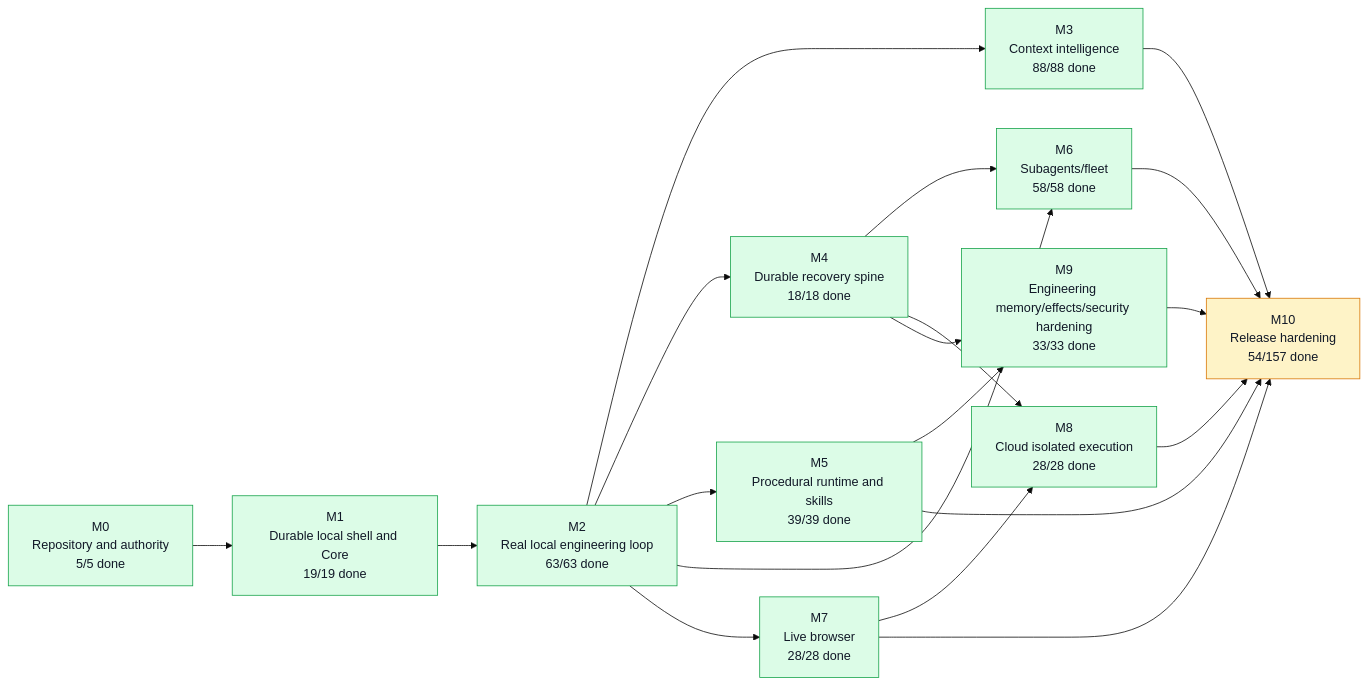
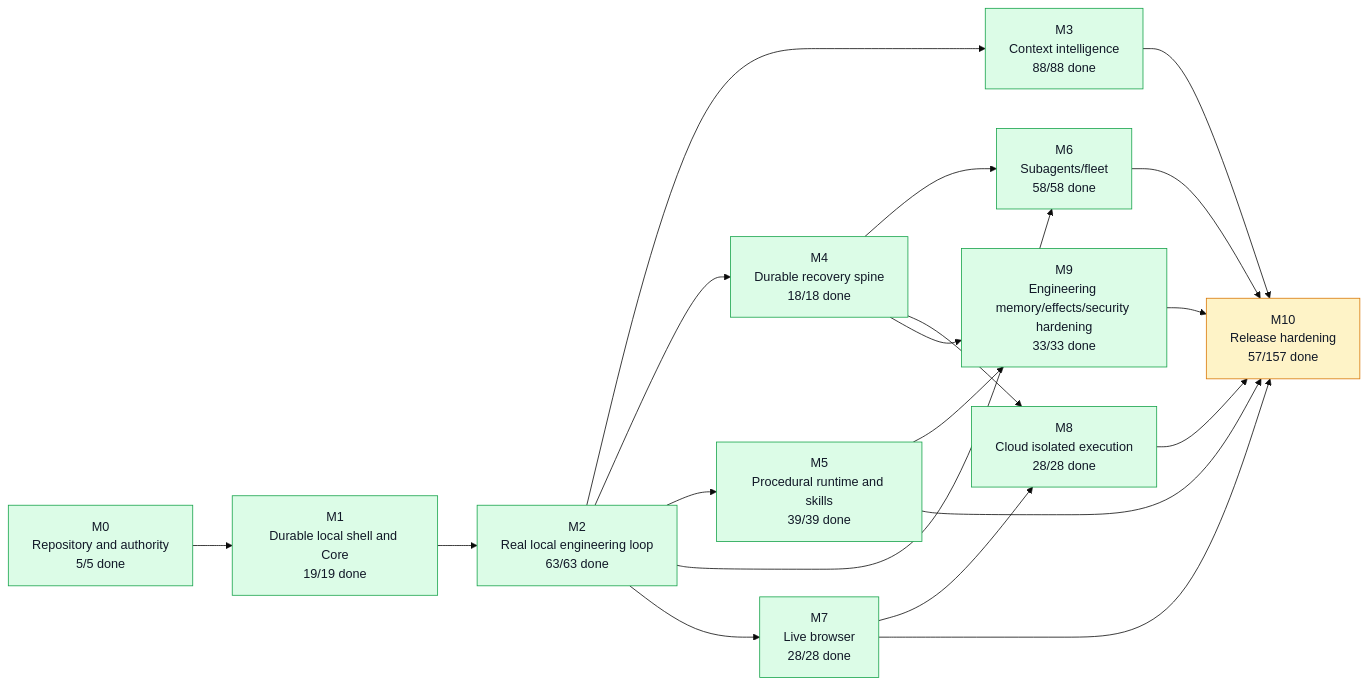
One commit to moss101/modbit changed the first of 5 diagrams in graph/PROJECT_GRAPH.md. Above: the diagram before and after it, drawn with Mermaid (base theme). The commit also changed other lines of this file and 3 other files, not shown here.

````diff
--- a/graph/PROJECT_GRAPH.md
+++ b/graph/PROJECT_GRAPH.md
@@ -57,43 +57,43 @@
 ```mermaid
 flowchart LR
   M0["M0<br/>Repository and authority<br/>5/5 done"]
   M1["M1<br/>Durable local shell and Core<br/>19/19 done"]
   M2["M2<br/>Real local engineering loop<br/>63/63 done"]
   M3["M3<br/>Context intelligence<br/>88/88 done"]
   M4["M4<br/>Durable recovery spine<br/>18/18 done"]
   M5["M5<br/>Procedural runtime and skills<br/>39/39 done"]
   M6["M6<br/>Subagents/fleet<br/>58/58 done"]
   M7["M7<br/>Live browser<br/>28/28 done"]
   M8["M8<br/>Cloud isolated execution<br/>28/28 done"]
   M9["M9<br/>Engineering memory/effects/security hardening<br/>33/33 done"]
-  M10["M10<br/>Release hardening<br/>54/157 done"]
+  M10["M10<br/>Release hardening<br/>57/157 done"]
   M0 --> M1
   M1 --> M2
   M2 --> M3
   M2 --> M4
   M2 --> M5
   M2 --> M6
   M4 --> M6
   M2 --> M7
   M4 --> M8
   M7 --> M8
   M4 --> M9
   M5 --> M9
   M3 --> M10
   M5 --> M10
   M6 --> M10
   M7 --> M10
   M8 --> M10
   M9 --> M10
   style M0 fill:#dcfce7,stroke:#16a34a,color:#111827
   style M1 fill:#dcfce7,stroke:#16a34a,color:#111827
   style M2 fill:#dcfce7,stroke:#16a34a,color:#111827
   style M3 fill:#dcfce7,stroke:#16a34a,color:#111827
   style M4 fill:#dcfce7,stroke:#16a34a,color:#111827
   style M5 fill:#dcfce7,stroke:#16a34a,color:#111827
   style M6 fill:#dcfce7,stroke:#16a34a,color:#111827
   style M7 fill:#dcfce7,stroke:#16a34a,color:#111827
   style M8 fill:#dcfce7,stroke:#16a34a,color:#111827
   style M9 fill:#dcfce7,stroke:#16a34a,color:#111827
   style M10 fill:#fef3c7,stroke:#d97706,color:#111827
 ```
````
